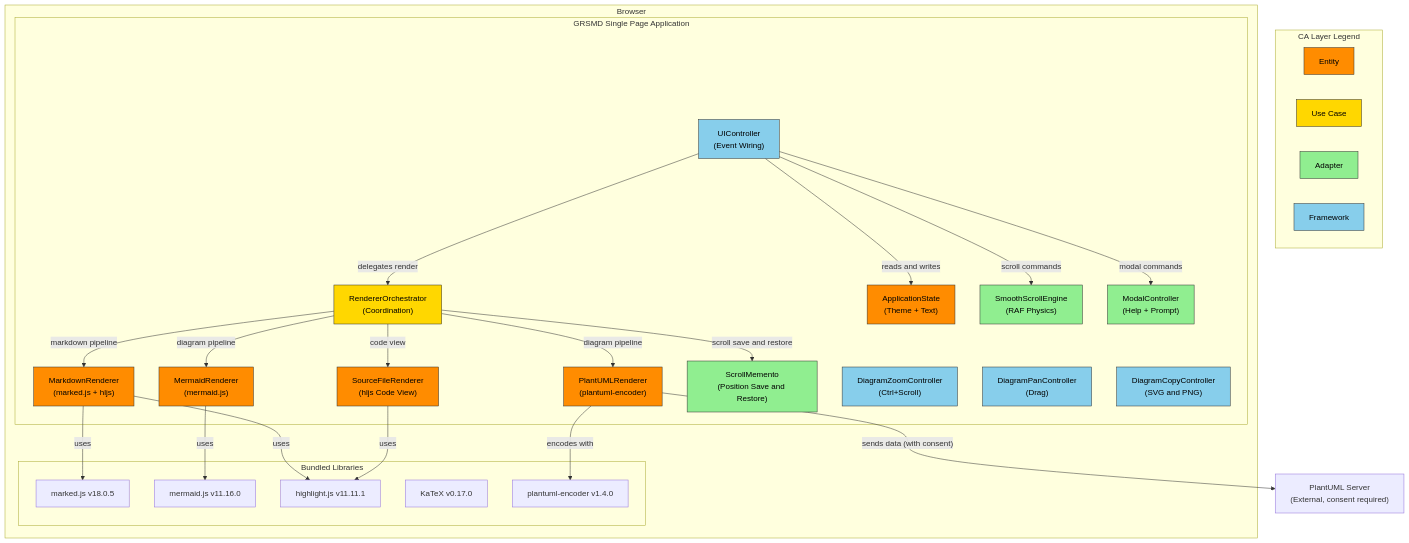
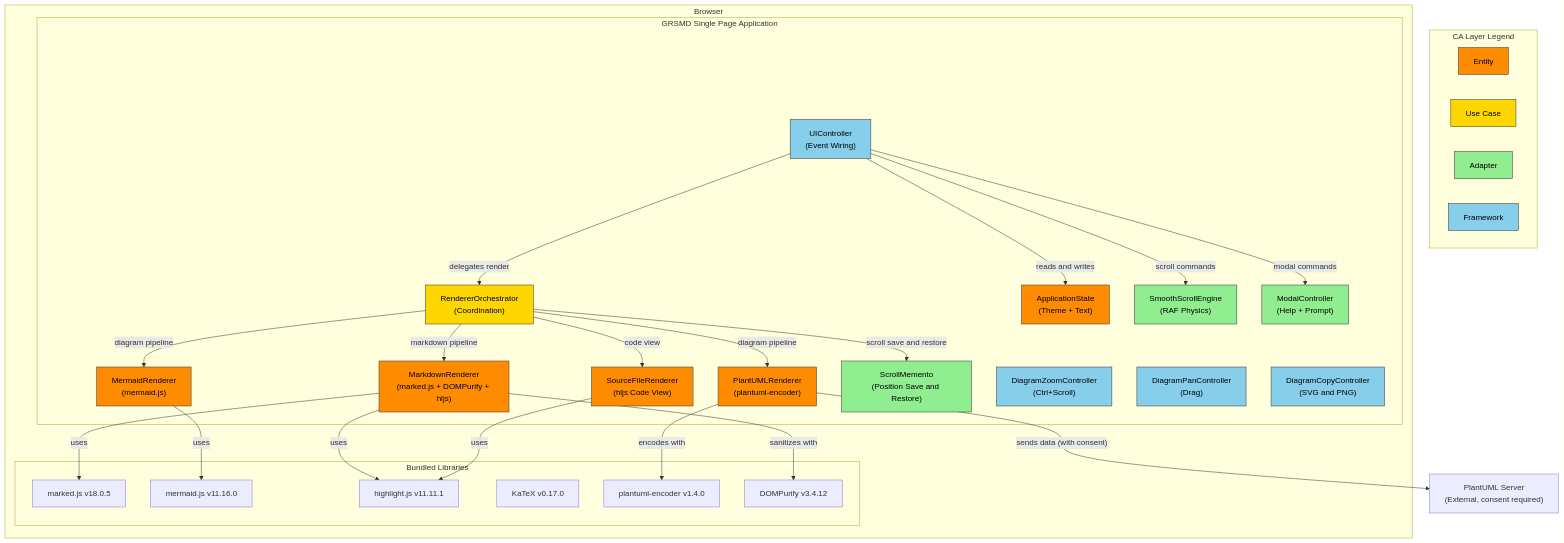
The first of 10 diagrams in spec/grsmd_gen2_spec_ja.md (GoodRelax/gr-simple-md-renderer), drawn with Mermaid before and after one commit. The commit also changed other lines of this file and 7 other files, not shown here.

First line of the commit message:
Sanitize Markdown output with DOMPurify

````diff
--- a/spec/grsmd_gen2_spec_ja.md
+++ b/spec/grsmd_gen2_spec_ja.md
@@ -298,57 +301,59 @@
 ```mermaid
 graph TB
     subgraph Legend["CA Layer Legend"]
         direction LR
         L_E["Entity"]:::entity
         L_U["Use Case"]:::usecase
         L_A["Adapter"]:::adapter
         L_F["Framework"]:::framework
     end
 
     subgraph Browser
         subgraph GRSMD_SPA["GRSMD Single Page Application"]
             UI["UIController<br/>(Event Wiring)"]:::framework
             ORCH["RendererOrchestrator<br/>(Coordination)"]:::usecase
             STATE["ApplicationState<br/>(Theme + Text)"]:::entity
-            MD["MarkdownRenderer<br/>(marked.js + hljs)"]:::entity
+            MD["MarkdownRenderer<br/>(marked.js + DOMPurify + hljs)"]:::entity
             MERM["MermaidRenderer<br/>(mermaid.js)"]:::entity
             PUML["PlantUMLRenderer<br/>(plantuml-encoder)"]:::entity
             SRC["SourceFileRenderer<br/>(hljs Code View)"]:::entity
             SCROLL["SmoothScrollEngine<br/>(RAF Physics)"]:::adapter
             SMGR["ScrollMemento<br/>(Position Save and Restore)"]:::adapter
             MODAL["ModalController<br/>(Help + Prompt)"]:::adapter
             ZOOM["DiagramZoomController<br/>(Ctrl+Scroll)"]:::framework
             PAN["DiagramPanController<br/>(Drag)"]:::framework
             COPY["DiagramCopyController<br/>(SVG and PNG)"]:::framework
         end
         subgraph CDN_Libs["Bundled Libraries"]
             MARKED["marked.js v18.0.5"]
             MERMAIDJS["mermaid.js v11.16.0"]
             HLJS["highlight.js v11.11.1"]
             KATEX["KaTeX v0.17.0"]
             PUMLENC["plantuml-encoder v1.4.0"]
+            PURIFY["DOMPurify v3.4.12"]
         end
     end
     PUML_SERVER["PlantUML Server<br/>(External, consent required)"]
 
     UI -->|"delegates render"| ORCH
     UI -->|"reads and writes"| STATE
     UI -->|"scroll commands"| SCROLL
     UI -->|"modal commands"| MODAL
     ORCH -->|"markdown pipeline"| MD
     ORCH -->|"diagram pipeline"| MERM
     ORCH -->|"diagram pipeline"| PUML
     ORCH -->|"code view"| SRC
     ORCH -->|"scroll save and restore"| SMGR
     MD -->|"uses"| MARKED
+    MD -->|"sanitizes with"| PURIFY
     MD -->|"uses"| HLJS
     MERM -->|"uses"| MERMAIDJS
     SRC -->|"uses"| HLJS
     PUML -->|"encodes with"| PUMLENC
     PUML -->|"sends data (with consent)"| PUML_SERVER
 
     classDef entity fill:#FF8C00,stroke:#333,color:#000
     classDef usecase fill:#FFD700,stroke:#333,color:#000
     classDef adapter fill:#90EE90,stroke:#333,color:#000
     classDef framework fill:#87CEEB,stroke:#333,color:#000
 ```
````
